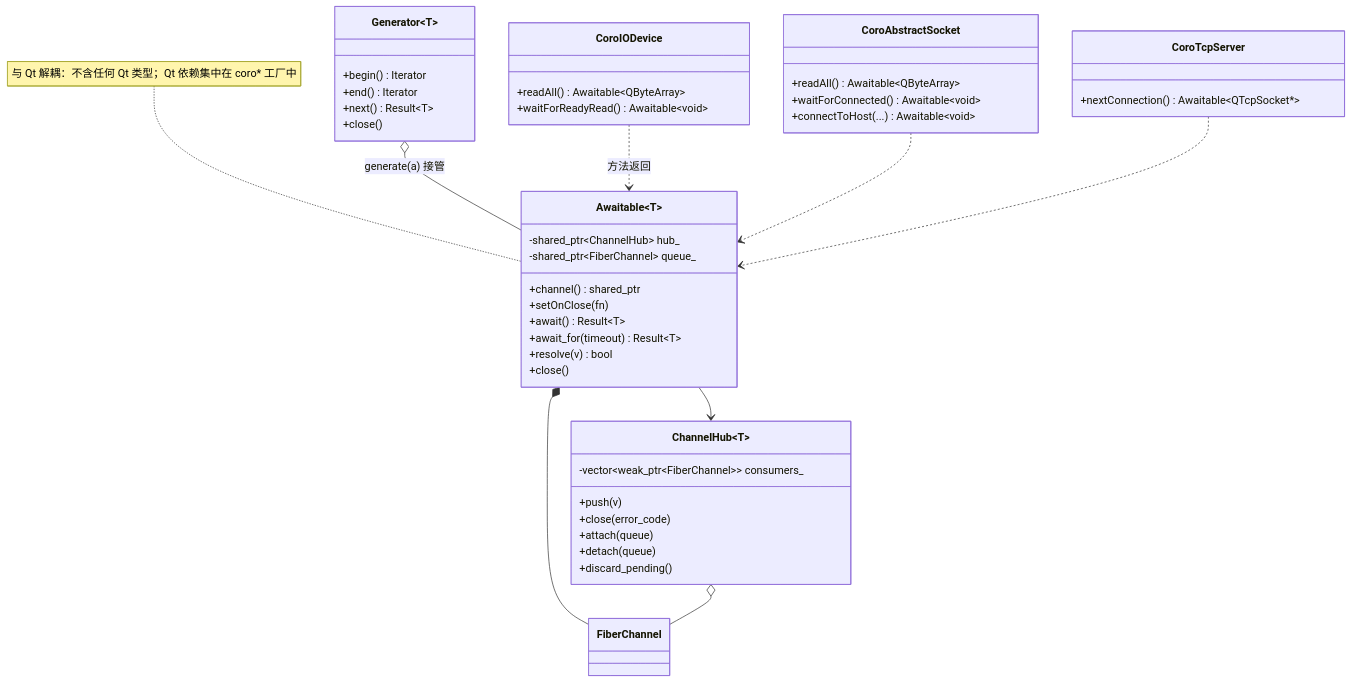
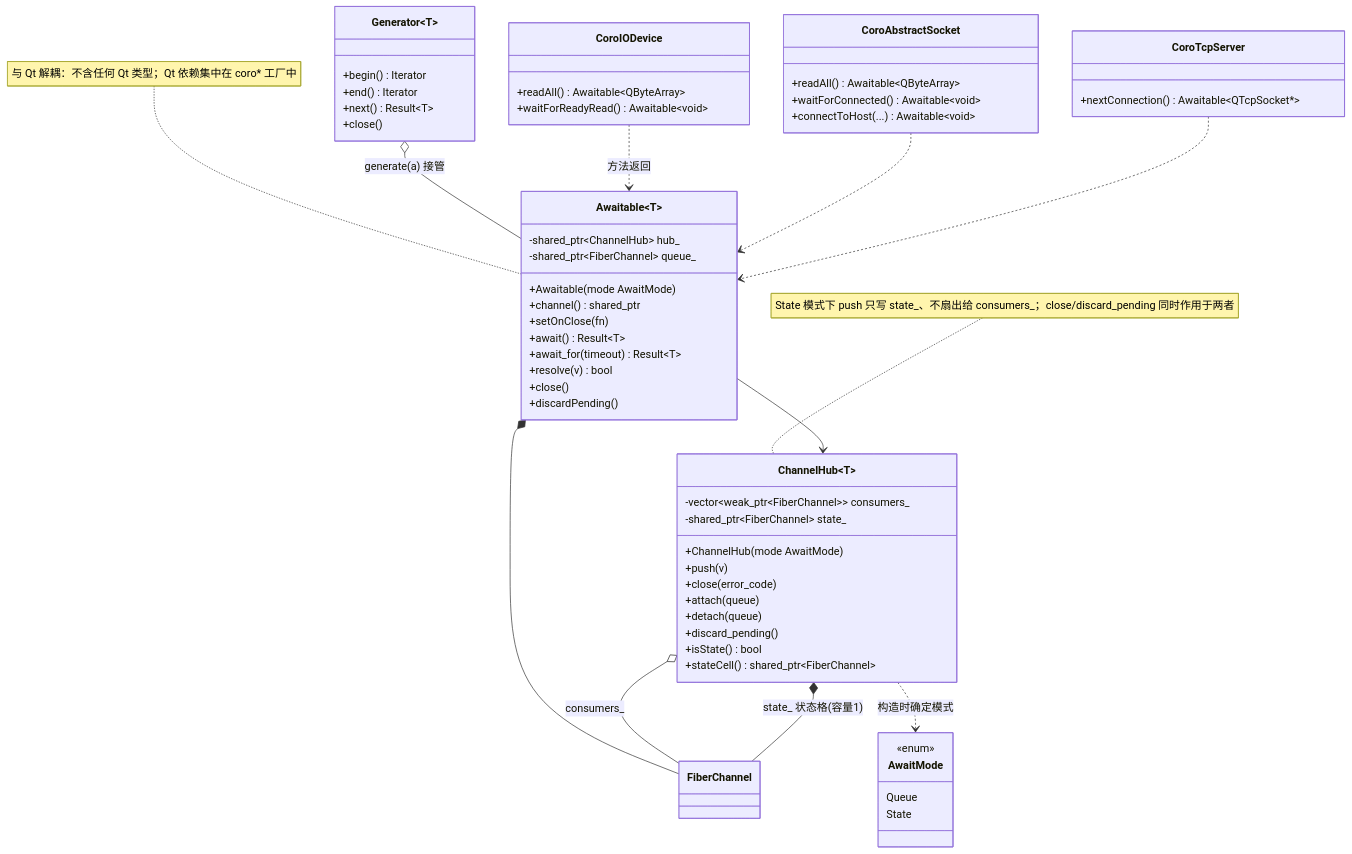
The fifth of 9 diagrams in doc/类图与时序图.md (Ste7an-cs/AsyncTask), drawn with Mermaid before and after one commit. The commit also changed 5 other files, not shown here.

````diff
--- a/doc/类图与时序图.md
+++ b/doc/类图与时序图.md
@@ -180,48 +180,62 @@
 ```mermaid
 classDiagram
+    class AwaitMode {
+        <<enum>>
+        Queue
+        State
+    }
     class Awaitable~T~ {
         -shared_ptr~ChannelHub~ hub_
         -shared_ptr~FiberChannel~ queue_
+        +Awaitable(mode AwaitMode)
         +channel() shared_ptr
         +setOnClose(fn)
         +await() Result~T~
         +await_for(timeout) Result~T~
         +resolve(v) bool
         +close()
+        +discardPending()
     }
     class ChannelHub~T~ {
+        +ChannelHub(mode AwaitMode)
         +push(v)
         +close(error_code)
         +attach(queue)
         +detach(queue)
         +discard_pending()
+        +isState() bool
+        +stateCell() shared_ptr~FiberChannel~
         -vector~weak_ptr~FiberChannel~~ consumers_
+        -shared_ptr~FiberChannel~ state_
     }
     class Generator~T~ {
         +begin() Iterator
         +end() Iterator
         +next() Result~T~
         +close()
     }
     class CoroIODevice {
         +readAll() Awaitable~QByteArray~
         +waitForReadyRead() Awaitable~void~
     }
     class CoroAbstractSocket {
         +readAll() Awaitable~QByteArray~
         +waitForConnected() Awaitable~void~
         +connectToHost(...) Awaitable~void~
     }
     class CoroTcpServer {
         +nextConnection() Awaitable~QTcpSocket*~
     }
 
     Awaitable --> ChannelHub
     Awaitable *-- FiberChannel
-    ChannelHub o-- FiberChannel
+    ChannelHub o-- FiberChannel : consumers_
+    ChannelHub *-- FiberChannel : state_ 状态格(容量1)
+    ChannelHub ..> AwaitMode : 构造时确定模式
     Generator o-- Awaitable : generate(a) 接管
     CoroIODevice ..> Awaitable : 方法返回
     CoroAbstractSocket ..> Awaitable
     CoroTcpServer ..> Awaitable
     note for Awaitable "与 Qt 解耦：不含任何 Qt 类型；Qt 依赖集中在 coro* 工厂中"
+    note for ChannelHub "State 模式下 push 只写 state_、不扇出给 consumers_；close/discard_pending 同时作用于两者"
 ```
````
